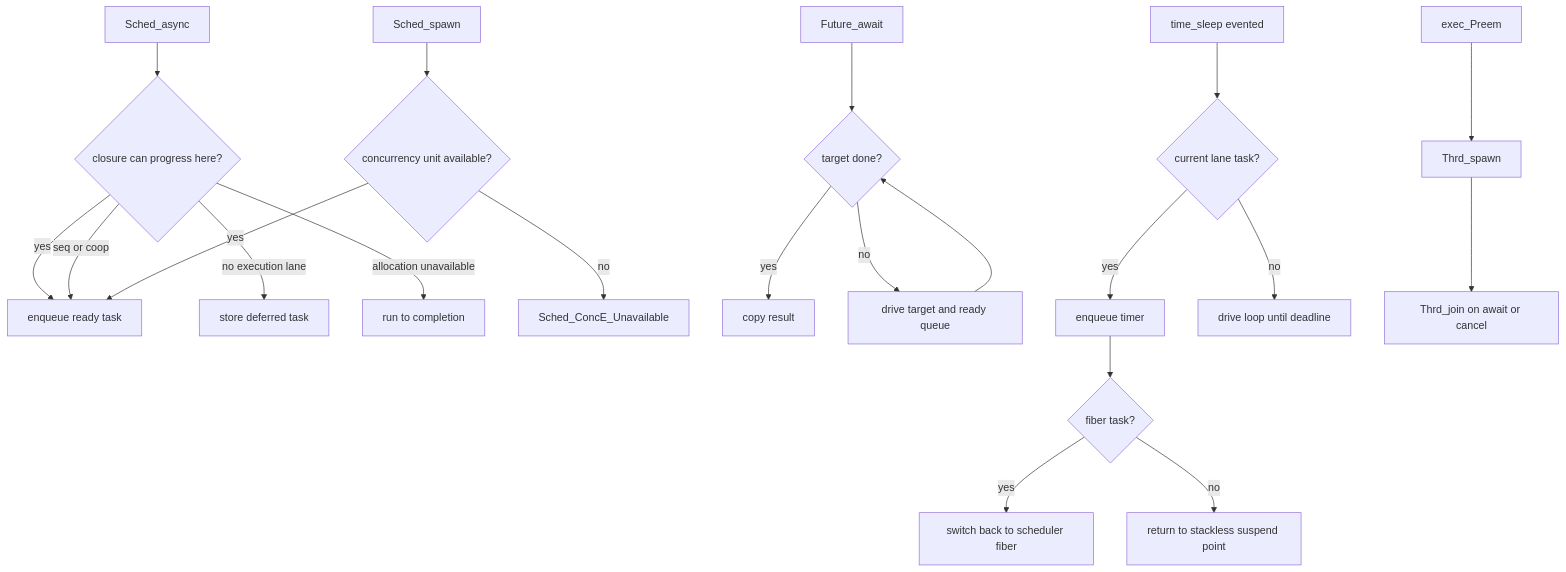
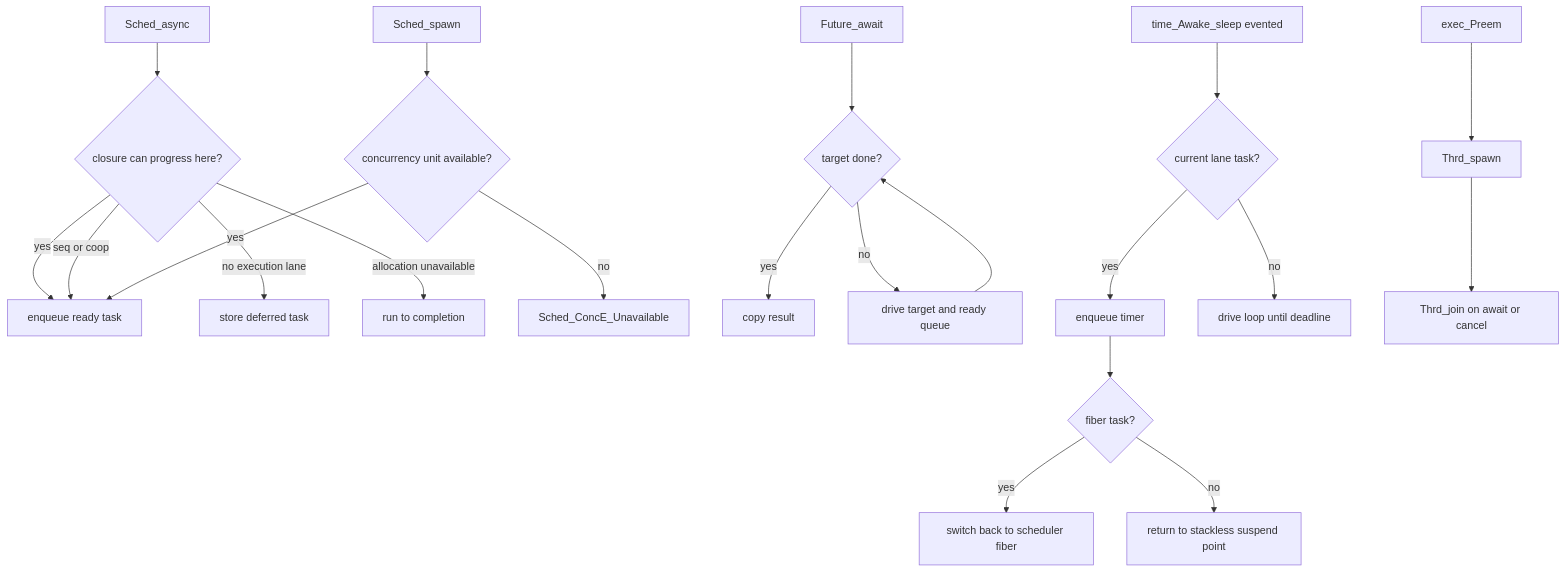
Before and after one commit to coding-pelican/dasae-headers: the fifth of 5 diagrams in dh/tests/draft/io_conc/ARCH.md, drawn with Mermaid. The commit also changed other lines of this file and 33 other files, not shown here.

````diff
--- a/dh/tests/draft/io_conc/ARCH.md
+++ b/dh/tests/draft/io_conc/ARCH.md
@@ -166,27 +167,27 @@
 ```mermaid
 flowchart TD
     Async[Sched_async] --> CanProgress{closure can progress here?}
     CanProgress -->|yes| Ready[enqueue ready task]
     CanProgress -->|seq or coop| Ready
     CanProgress -->|no execution lane| Deferred[store deferred task]
     CanProgress -->|allocation unavailable| Eager[run to completion]
 
     Spawn[Sched_spawn] --> HasConc{concurrency unit available?}
     HasConc -->|yes| Ready
     HasConc -->|no| Unavailable[Sched_ConcE_Unavailable]
 
     Await[Future_await] --> Done{target done?}
     Done -->|yes| Copy[copy result]
     Done -->|no| Drive[drive target and ready queue]
     Drive --> Done
 
-    Sleep[time_sleep evented] --> HasTask{current lane task?}
+    Sleep[time_Awake_sleep evented] --> HasTask{current lane task?}
     HasTask -->|yes| Timer[enqueue timer]
     Timer --> IsFiber{fiber task?}
     IsFiber -->|yes| FiberYield[switch back to scheduler fiber]
     IsFiber -->|no| StacklessReturn[return to stackless suspend point]
     HasTask -->|no| DriveUntil[drive loop until deadline]
 
     Preem[exec_Preem] --> Thread[Thrd_spawn]
     Thread --> Join[Thrd_join on await or cancel]
 ```
````
